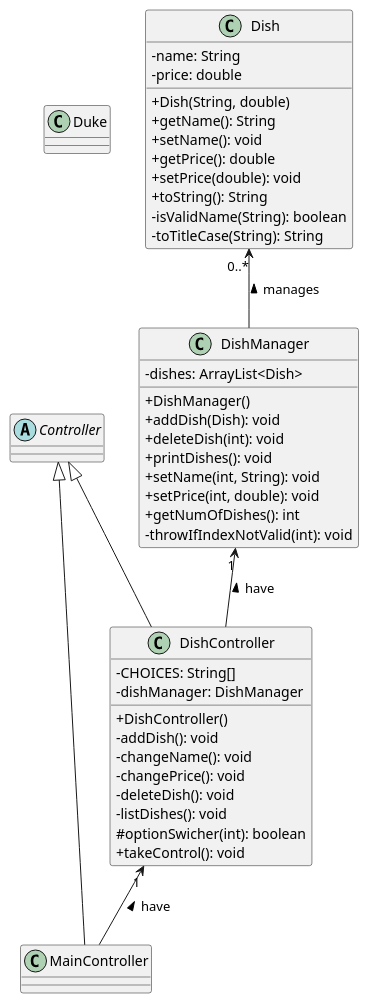
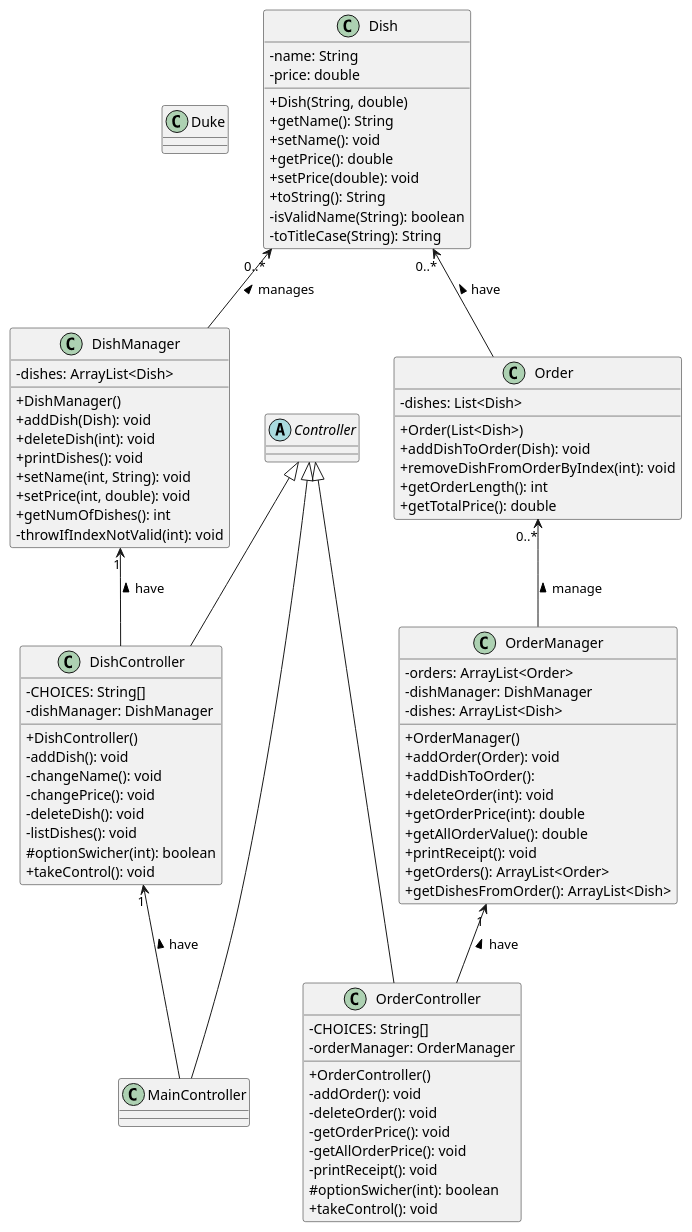
The diagram in docs/UML.puml (nus-cs2113-AY2122S2/tp), drawn with PlantUML before and after one commit. The commit also changed 4 other files, not shown here.

Commit message:
optimize order, add class diagram

```diff
--- a/docs/UML.puml
+++ b/docs/UML.puml
@@ -1,65 +1,114 @@
 @startuml
 'https://plantuml.com/class-diagram
 skinparam classAttributeIconSize 0
 
 class Duke {
 
 }
 
 class MainController {
 
 }
 Controller <|-- MainController
 DishController "1" <-- MainController: have <
 
 abstract class Controller {
 
 }
 
 
 class Dish {
     -name: String
     -price: double
     +Dish(String, double)
     +getName(): String
     +setName(): void
     +getPrice(): double
     +setPrice(double): void
     +toString(): String
     -isValidName(String): boolean
     -toTitleCase(String): String
 }
 
 class DishManager {
     -dishes: ArrayList<Dish>
     +DishManager()
     +addDish(Dish): void
     +deleteDish(int): void
     +printDishes(): void
     +setName(int, String): void
     +setPrice(int, double): void
     +getNumOfDishes(): int
     -throwIfIndexNotValid(int): void
 }
 Controller <|-- DishController
 
 
 class DishController {
     -CHOICES: String[]
     -dishManager: DishManager
     +DishController()
     -addDish(): void
     -changeName(): void
     -changePrice(): void
     -deleteDish(): void
     -listDishes(): void
     #optionSwicher(int): boolean
     +takeControl(): void
 }
 
 
 Dish "0..*" <-- DishManager: manages <
 
 DishManager "1" <-- DishController: have <
 
+
+class Order {
+    -dishes: List<Dish>
+    +Order(List<Dish>)
+    +addDishToOrder(Dish): void
+    +removeDishFromOrderByIndex(int): void
+    +getOrderLength(): int
+    +getTotalPrice(): double
+}
+
+class OrderManager {
+    -orders: ArrayList<Order>
+    -dishManager: DishManager
+    -dishes: ArrayList<Dish>
+    +OrderManager()
+    +addOrder(Order): void
+    +addDishToOrder():
+    +deleteOrder(int): void
+    +getOrderPrice(int): double
+    +getAllOrderValue(): double
+    +printReceipt(): void
+    +getOrders(): ArrayList<Order>
+    +getDishesFromOrder(): ArrayList<Dish>
+
+}
+Controller <|-- OrderController
+
+
+class OrderController {
+    -CHOICES: String[]
+    -orderManager: OrderManager
+    +OrderController()
+    -addOrder(): void
+    -deleteOrder(): void
+    -getOrderPrice(): void
+    -getAllOrderPrice(): void
+    -printReceipt(): void
+    #optionSwicher(int): boolean
+    +takeControl(): void
+}
+
+
+Order "0..*" <-- OrderManager: manage <
+
+OrderManager "1" <-- OrderController: have <
+
+Dish "0..*" <-- Order: have <
+
+
 @enduml
```
